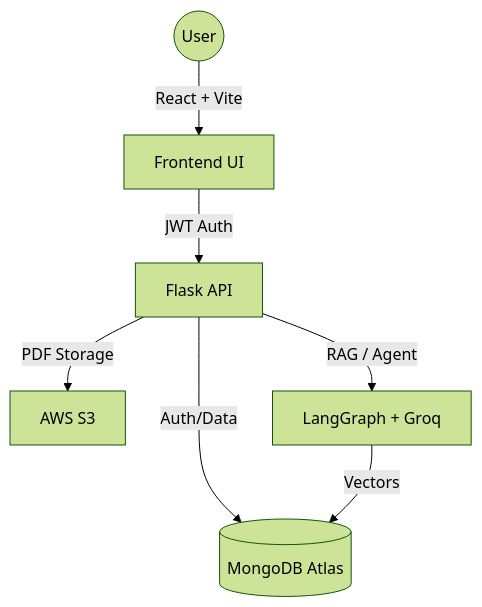
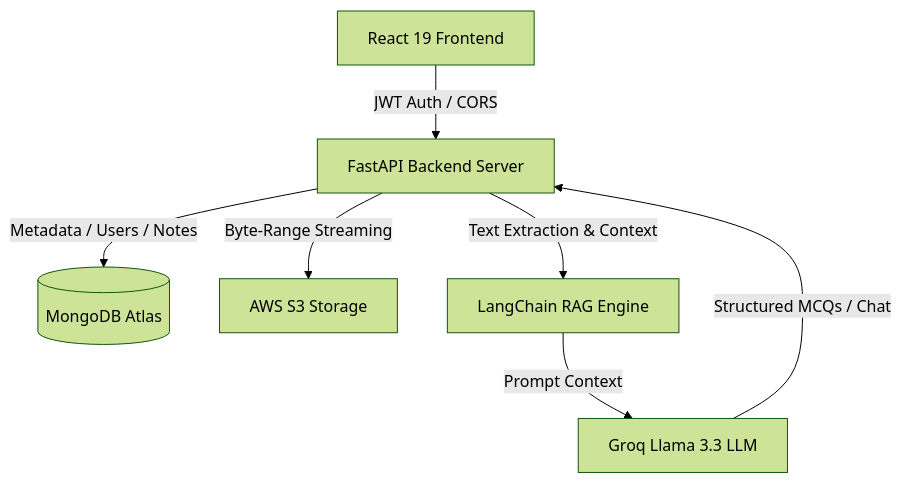
Before and after one commit to Pritii-9/DocMind-AI-Intelligent-Document-Analysis-Quiz-Studio: the diagram in README.md, drawn with Mermaid (forest theme). The commit also changed other lines of this file and 44 other files, not shown here.

Commit message:
feat: refine UI workflow, modals, and Groq backend

````diff
--- a/README.md
+++ b/README.md
@@ -78,9 +44,9 @@
 ```mermaid
 graph TD
-    User((User)) -->|React + Vite| Frontend[Frontend UI]
-    Frontend -->|JWT Auth| Backend[Flask API]
-    Backend -->|Auth/Data| DB[(MongoDB Atlas)]
-    Backend -->|PDF Storage| S3[AWS S3]
-    Backend -->|RAG / Agent| AI[LangGraph + Groq]
-    AI -->|Vectors| DB
+    Client[React 19 Frontend] -->|JWT Auth / CORS| API[FastAPI Backend Server]
+    API -->|Metadata / Users / Notes| DB[(MongoDB Atlas)]
+    API -->|Byte-Range Streaming| S3[AWS S3 Storage]
+    API -->|Text Extraction & Context| RAG[LangChain RAG Engine]
+    RAG -->|Prompt Context| Groq[Groq Llama 3.3 LLM]
+    Groq -->|Structured MCQs / Chat| API
 ```
````
